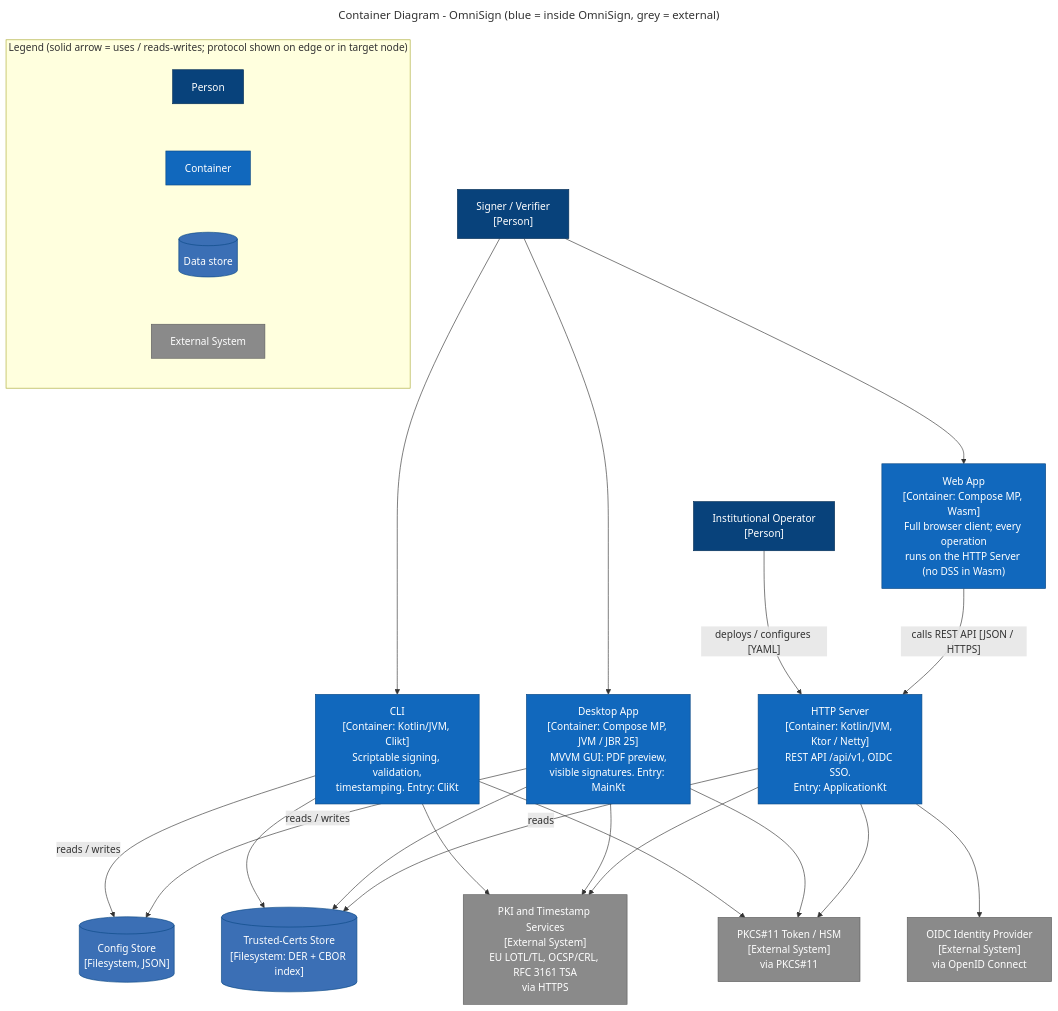
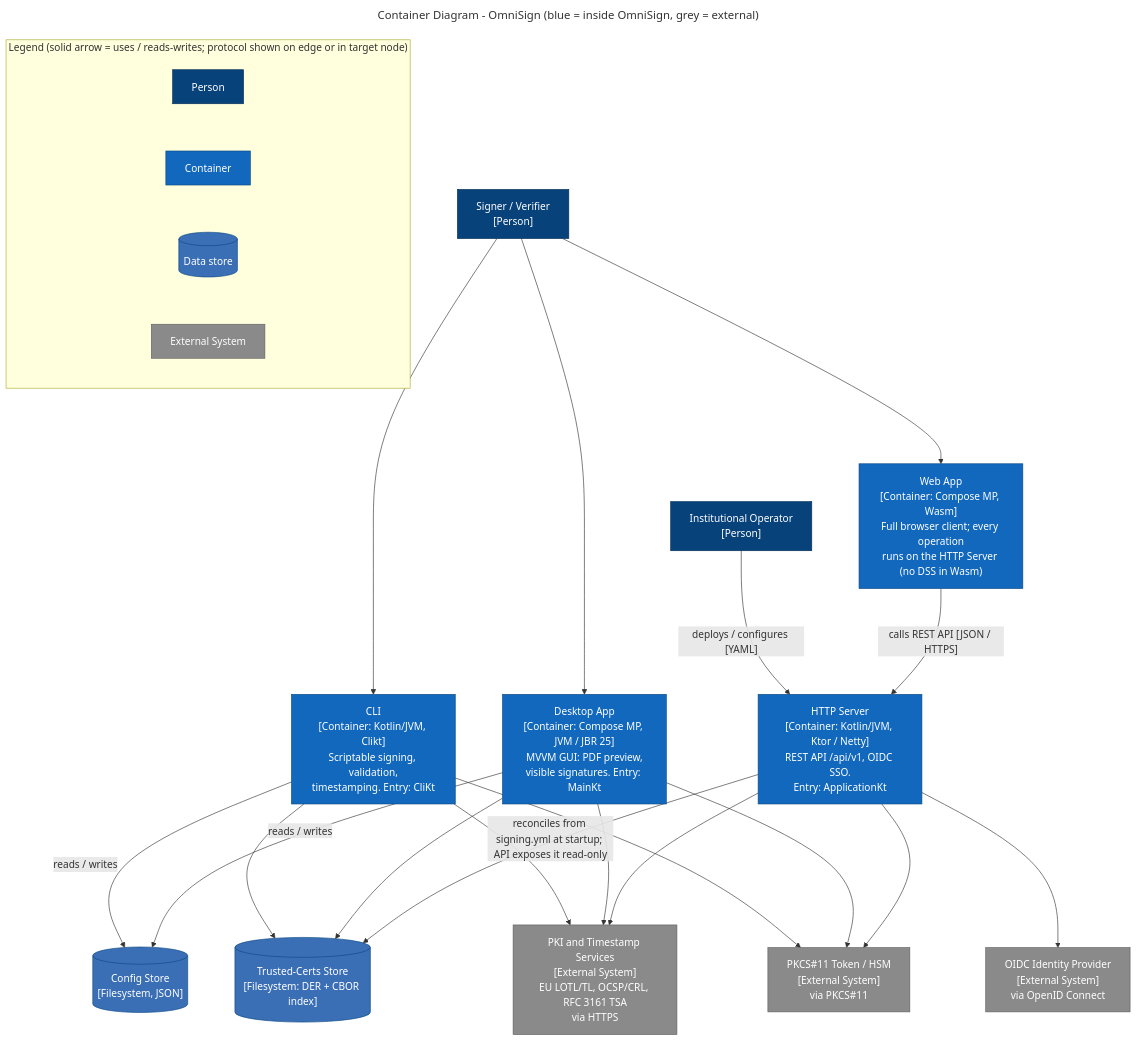
One commit to pizavo/omnisign changed the diagram in docs/diagrams/02-container.mmd. Above: the diagram before and after it, drawn with Mermaid. The commit also changed 15 other files, not shown here.

```diff
--- a/docs/diagrams/02-container.mmd
+++ b/docs/diagrams/02-container.mmd
@@ -1,58 +1,58 @@
 ---
 title: Container Diagram - OmniSign (blue = inside OmniSign, grey = external)
 config:
   flowchart:
     nodeSpacing: 75
     rankSpacing: 120
 ---
 flowchart TB
   user["Signer / Verifier<br/>[Person]"]
   admin["Institutional Operator<br/>[Person]"]
 
   cli["CLI<br/>[Container: Kotlin/JVM, Clikt]<br/>Scriptable signing, validation,<br/>timestamping. Entry: CliKt"]
   desktop["Desktop App<br/>[Container: Compose MP, JVM / JBR 25]<br/>MVVM GUI: PDF preview,<br/>visible signatures. Entry: MainKt"]
   web["Web App<br/>[Container: Compose MP, Wasm]<br/>Full browser client; every operation<br/>runs on the HTTP Server (no DSS in Wasm)"]
   server["HTTP Server<br/>[Container: Kotlin/JVM, Ktor / Netty]<br/>REST API /api/v1, OIDC SSO.<br/>Entry: ApplicationKt"]
   cfg[("Config Store<br/>[Filesystem, JSON]")]
   trust[("Trusted-Certs Store<br/>[Filesystem: DER + CBOR index]")]
 
   pki["PKI and Timestamp Services<br/>[External System]<br/>EU LOTL/TL, OCSP/CRL, RFC 3161 TSA<br/>via HTTPS"]
   token["PKCS#11 Token / HSM<br/>[External System]<br/>via PKCS#11"]
   idp["OIDC Identity Provider<br/>[External System]<br/>via OpenID Connect"]
 
   user -->cli
   user -->desktop
   user -->web
   admin -->|"deploys / configures [YAML]"| server
   web -->|"calls REST API [JSON / HTTPS]"| server
 
   cli -->|reads / writes| cfg
   desktop -->|reads / writes| cfg
   cli --> trust
   desktop --> trust
-  server -->|reads| trust
+  server -->|"reconciles from signing.yml at startup; API exposes it read-only"| trust
 
   cli --> pki
   desktop --> pki
   server --> pki
   cli --> token
   desktop --> token
   server --> token
   server --> idp
 
   subgraph legend["Legend  (solid arrow = uses / reads-writes; protocol shown on edge or in target node)"]
     direction LR
     lp["Person"]:::person
     lc["Container"]:::container
     lst[("Data store")]:::store
     le["External System"]:::external
   end
 
   classDef person fill:#08427b,stroke:#052e56,color:#ffffff
   classDef container fill:#1168bd,stroke:#0b4884,color:#ffffff
   classDef store fill:#3b6fb5,stroke:#0b4884,color:#ffffff
   classDef external fill:#8a8a8a,stroke:#5f5f5f,color:#ffffff
   class user,admin person
   class cli,desktop,web,server container
   class cfg,trust store
   class pki,token,idp external
```
